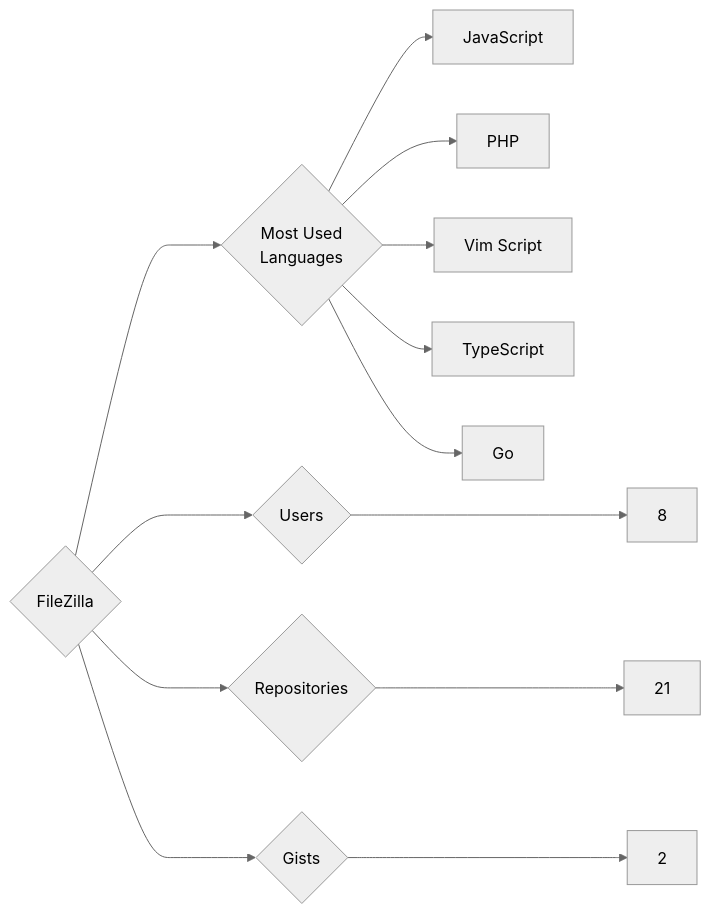
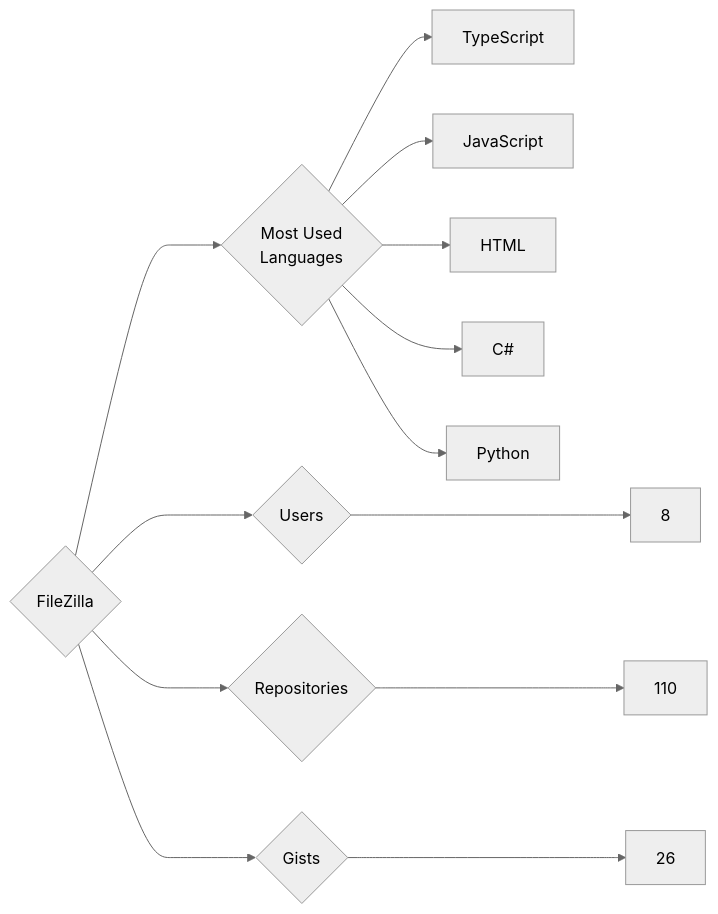
Before and after one commit to trickest/insiders: the diagram in targets/FileZilla/README.md, drawn with Mermaid (neutral theme). The commit also changed 1123 other files, not shown here.

````diff
--- a/targets/FileZilla/README.md
+++ b/targets/FileZilla/README.md
@@ -3,13 +3,13 @@
 ```mermaid
 graph LR
 COMPANY_NAME{FileZilla}
 COMPANY_NAME ---> U{Users} ---> UN[8]
-COMPANY_NAME ---> R{Repositories} ---> RN[21]
-COMPANY_NAME ---> G{Gists} ---> GN[2]
+COMPANY_NAME ---> R{Repositories} ---> RN[110]
+COMPANY_NAME ---> G{Gists} ---> GN[26]
 COMPANY_NAME ---> ML{Most Used<br>Languages}
+ML --> TypeScript[TypeScript]
 ML --> JavaScript[JavaScript]
-ML --> PHP[PHP]
-ML --> Vim_Script[Vim Script]
-ML --> TypeScript[TypeScript]
-ML --> Go[Go]
+ML --> HTML[HTML]
+ML --> C#[C#]
+ML --> Python[Python]
 ```
````
